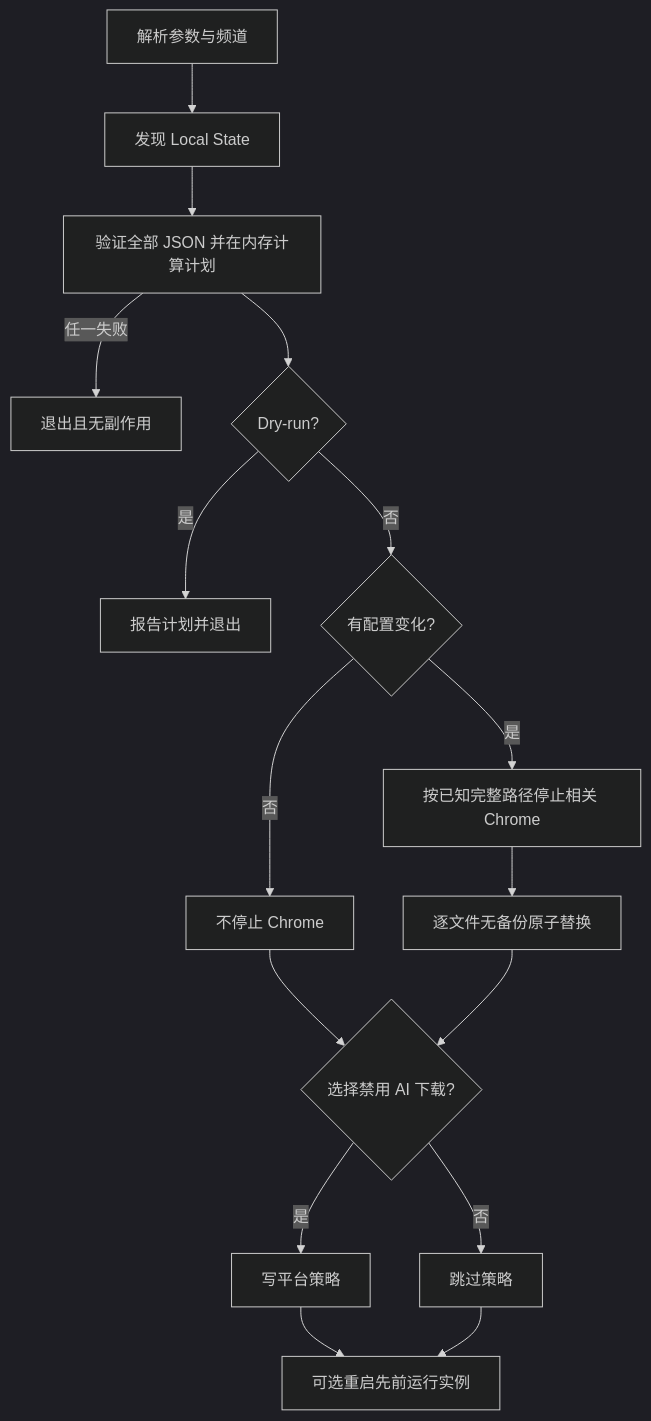
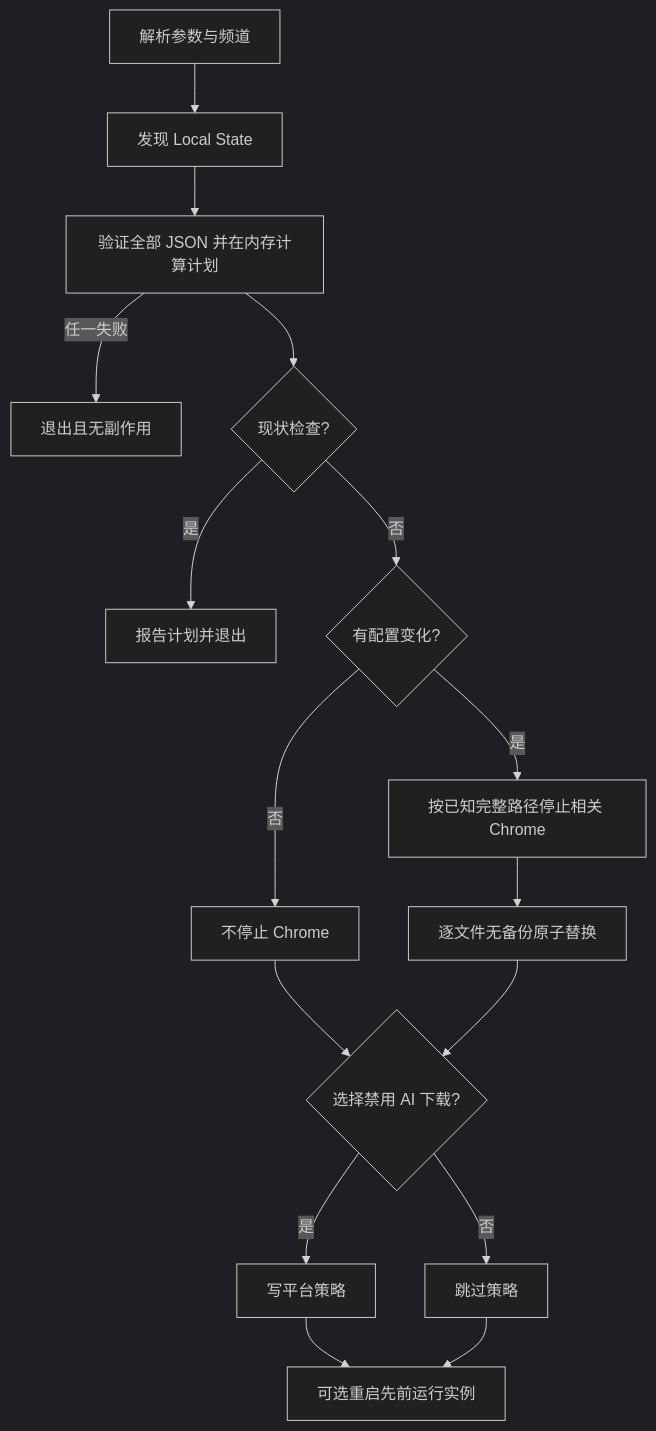
The second of 3 diagrams in docs/diagrams.md (marble810/bring-back-gemini), drawn with Mermaid (dark theme) before and after one commit. The commit also changed 6 other files, not shown here.

Commit message:
refactor: rename dry-run to --check (现状检查) in payloads, docs, tests

````diff
--- a/docs/diagrams.md
+++ b/docs/diagrams.md
@@ -18,18 +18,18 @@
 ```mermaid
 flowchart TD
     A[解析参数与频道] --> B[发现 Local State]
     B --> C[验证全部 JSON 并在内存计算计划]
     C -->|任一失败| X[退出且无副作用]
-    C --> D{Dry-run?}
+    C --> D{现状检查?}
     D -->|是| Y[报告计划并退出]
     D -->|否| E{有配置变化?}
     E -->|是| F[按已知完整路径停止相关 Chrome]
     E -->|否| H[不停止 Chrome]
     F --> G[逐文件无备份原子替换]
     H --> I{选择禁用 AI 下载?}
     G --> I
     I -->|是| J[写平台策略]
     I -->|否| K[跳过策略]
     J --> L[可选重启先前运行实例]
     K --> L
 ```
````
